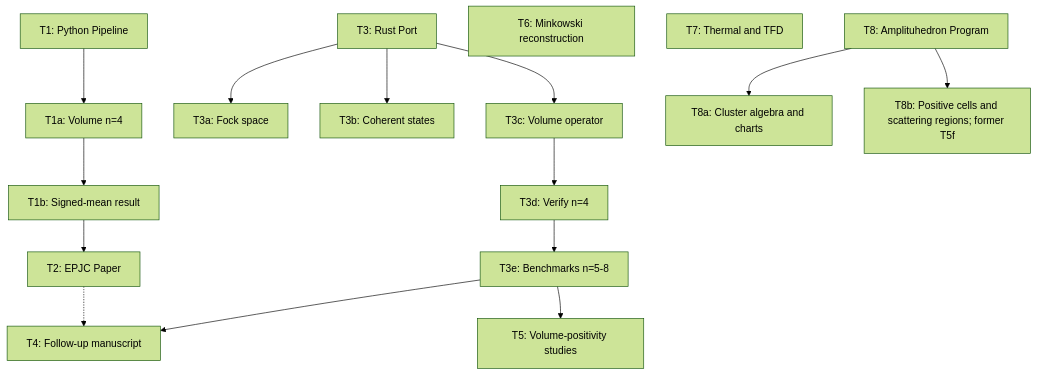
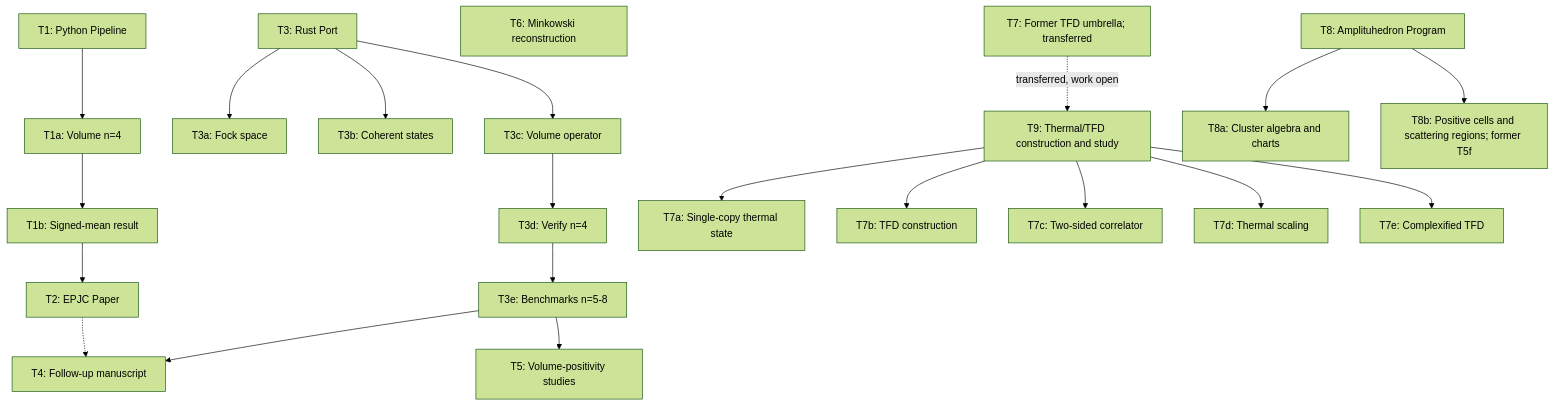
One commit to space-cadet/lqg-scattering changed the diagram in memory-bank/tasks.md. Above: the diagram before and after it, drawn with Mermaid (forest theme). The commit also changed other lines of this file and 61 other files, not shown here.

First line of the commit message:
(feat)T9, T7, T5c, T5d: Consolidate TFD work

````diff
--- a/memory-bank/tasks.md
+++ b/memory-bank/tasks.md
@@ -323,32 +364,44 @@
 ```mermaid
 graph TD
     T1[T1: Python Pipeline]
     T1a[T1a: Volume n=4]
     T1b[T1b: Signed-mean result]
     T2[T2: EPJC Paper]
     T3[T3: Rust Port]
     T3a[T3a: Fock space]
     T3b[T3b: Coherent states]
     T3c[T3c: Volume operator]
     T3d[T3d: Verify n=4]
     T3e[T3e: Benchmarks n=5-8]
     T4[T4: Follow-up manuscript]
     T5[T5: Volume-positivity studies]
     T6[T6: Minkowski reconstruction]
-    T7[T7: Thermal and TFD]
+    T7[T7: Former TFD umbrella; transferred]
+    T7a[T7a: Single-copy thermal state]
+    T7b[T7b: TFD construction]
+    T7c[T7c: Two-sided correlator]
+    T7d[T7d: Thermal scaling]
+    T7e[T7e: Complexified TFD]
     T8[T8: Amplituhedron Program]
+    T9[T9: Thermal/TFD construction and study]
     T8a[T8a: Cluster algebra and charts]
     T8b[T8b: Positive cells and scattering regions; former T5f]
 
     T1 --> T1a --> T1b --> T2
     T3 --> T3a
     T3 --> T3b
     T3 --> T3c
     T3c --> T3d
     T3d --> T3e
     T3e --> T4
     T2 -.-> T4
     T3e --> T5
     T8 --> T8a
     T8 --> T8b
+    T7 -. transferred, work open .-> T9
+    T9 --> T7a
+    T9 --> T7b
+    T9 --> T7c
+    T9 --> T7d
+    T9 --> T7e
 ```
````
